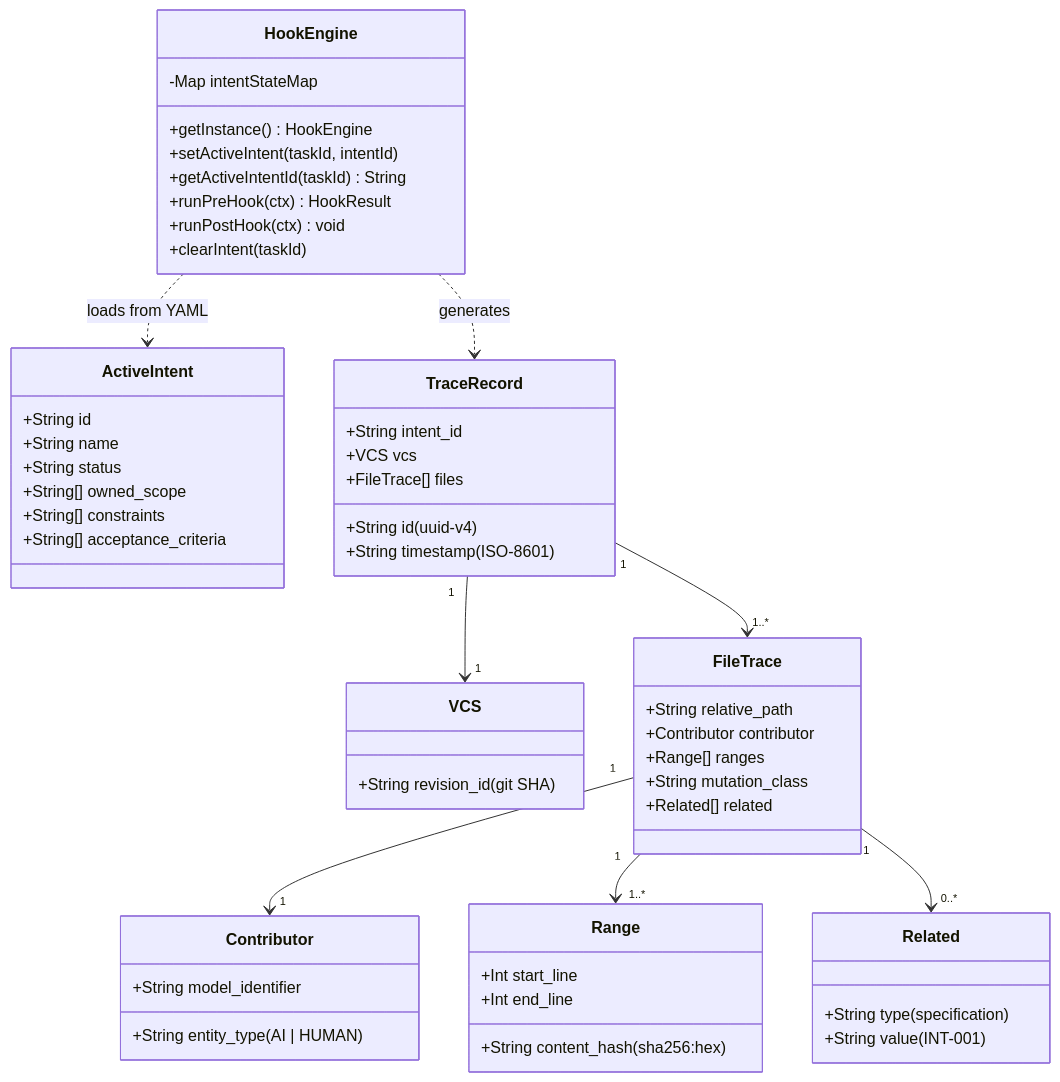
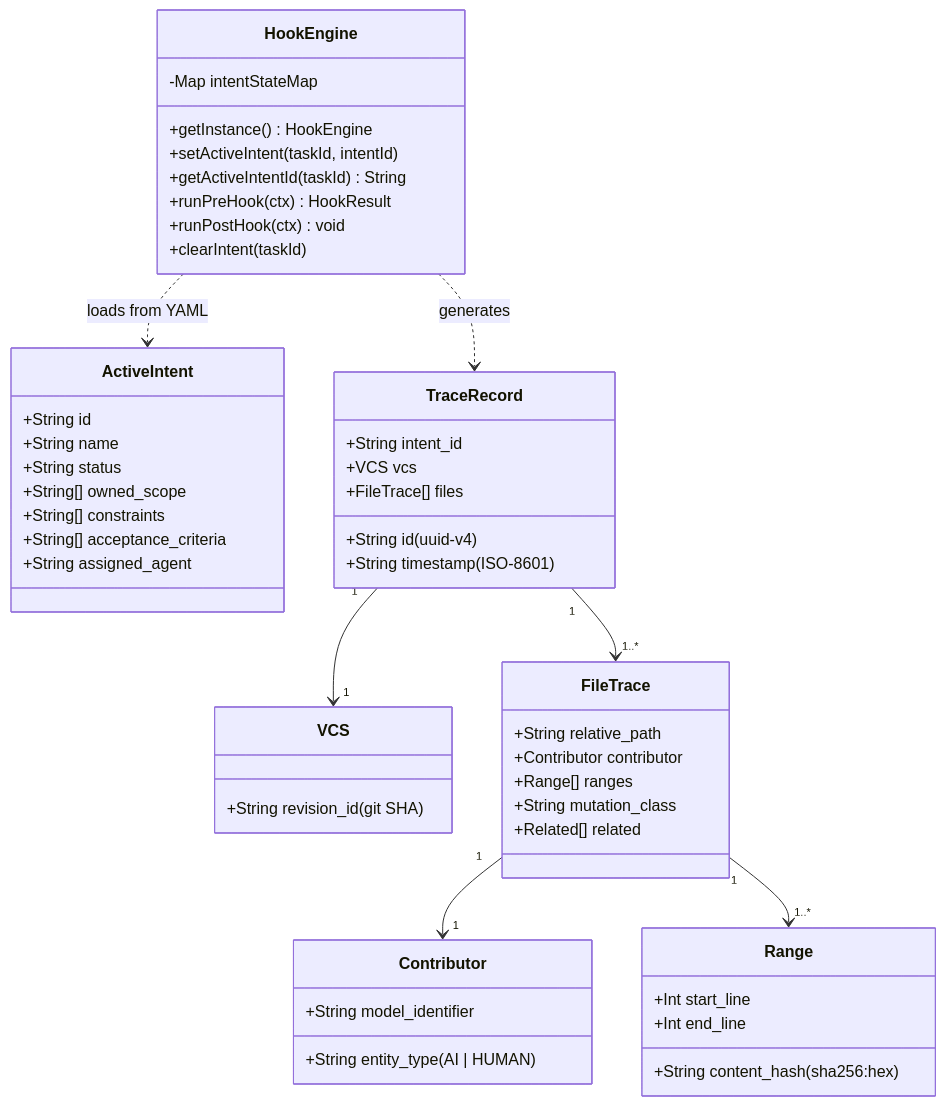
Before and after one commit to RooCodeInc/Roo-Code: the tenth of 10 diagrams in ARCHITECTURE_NOTES.md, drawn with Mermaid. The commit also changed other lines of this file, not shown here.

Commit message:
docs: restructure ARCHITECTURE_NOTES.md with professional format, tables, and 10 Mermaid diagrams

````diff
--- a/ARCHITECTURE_NOTES.md
+++ b/ARCHITECTURE_NOTES.md
@@ -475,65 +656,60 @@
 ```mermaid
 classDiagram
     class ActiveIntent {
         +String id
         +String name
         +String status
         +String[] owned_scope
         +String[] constraints
         +String[] acceptance_criteria
+        +String assigned_agent
     }
 
     class TraceRecord {
         +String id (uuid-v4)
         +String timestamp (ISO-8601)
         +String intent_id
         +VCS vcs
         +FileTrace[] files
     }
 
     class VCS {
         +String revision_id (git SHA)
     }
 
     class FileTrace {
         +String relative_path
         +Contributor contributor
         +Range[] ranges
         +String mutation_class
         +Related[] related
     }
 
     class Contributor {
         +String entity_type (AI | HUMAN)
         +String model_identifier
     }
 
     class Range {
         +Int start_line
         +Int end_line
         +String content_hash (sha256:hex)
     }
 
-    class Related {
-        +String type (specification)
-        +String value (INT-001)
-    }
-
     class HookEngine {
         -Map intentStateMap
         +getInstance() HookEngine
         +setActiveIntent(taskId, intentId)
         +getActiveIntentId(taskId) String
         +runPreHook(ctx) HookResult
         +runPostHook(ctx) void
         +clearIntent(taskId)
     }
 
     TraceRecord "1" --> "1" VCS
     TraceRecord "1" --> "1..*" FileTrace
     FileTrace "1" --> "1" Contributor
     FileTrace "1" --> "1..*" Range
-    FileTrace "1" --> "0..*" Related
     HookEngine ..> ActiveIntent : loads from YAML
     HookEngine ..> TraceRecord : generates
 ```
````
